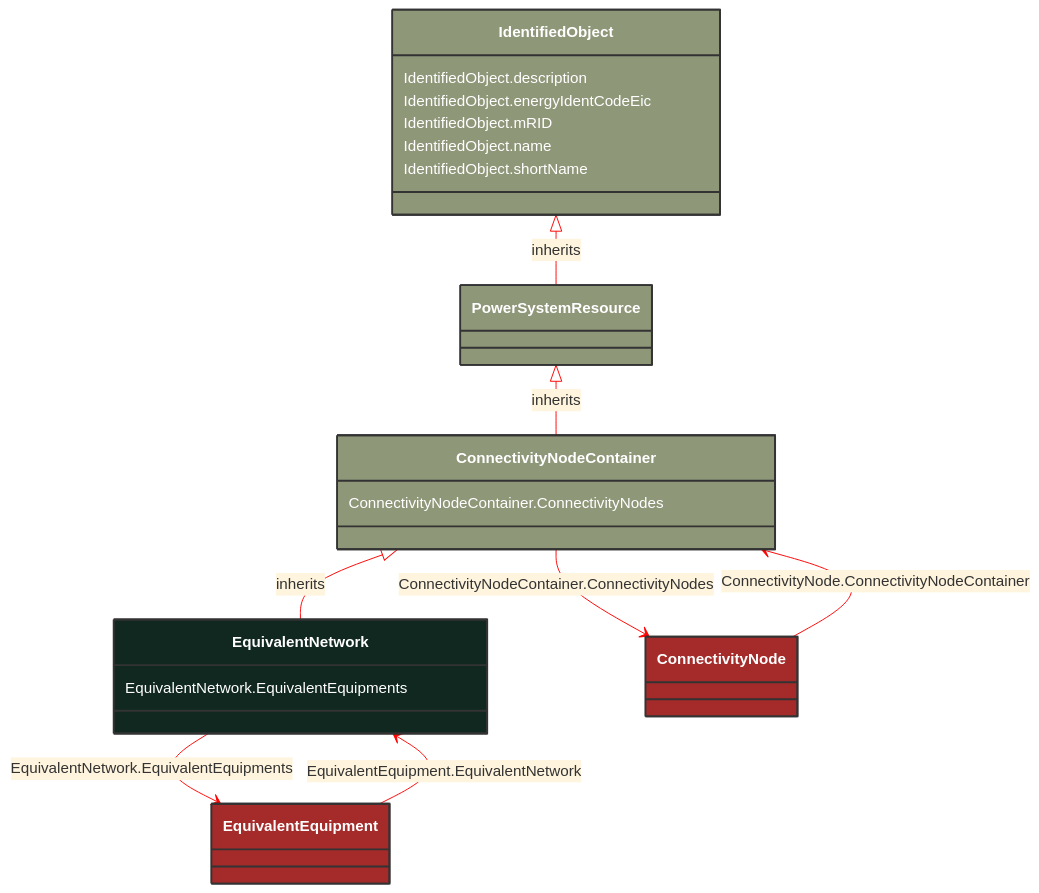
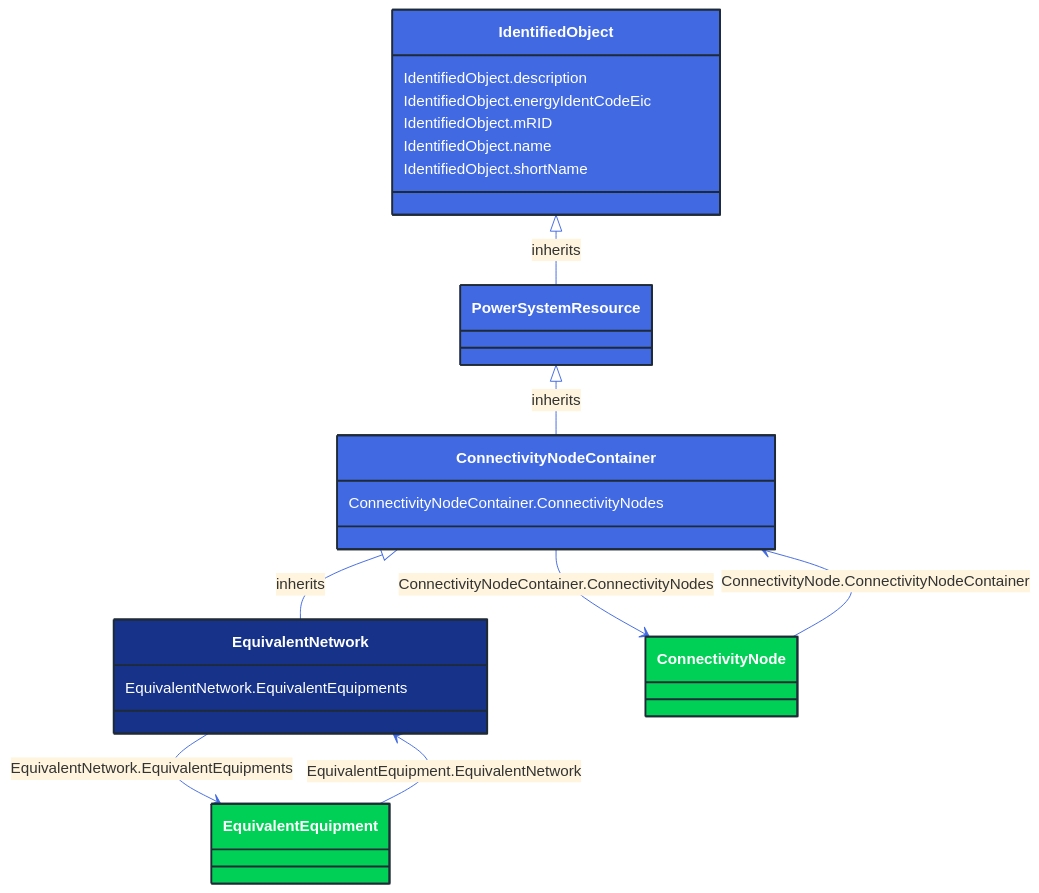
The diagram in docs/Models/Profiles/CoreEquipment/ConcreteClasses/EquivalentNetwork.md (3lbits/NoCIMExtensions), drawn with Mermaid before and after one commit. The commit also changed 362 other files, not shown here.

First line of the commit message:
Update diagrams and styles for improved visual consistency

````diff
--- a/docs/Models/Profiles/CoreEquipment/ConcreteClasses/EquivalentNetwork.md
+++ b/docs/Models/Profiles/CoreEquipment/ConcreteClasses/EquivalentNetwork.md
@@ -8,51 +8,51 @@
 ```mermaid
-%%{init: {'theme':'base','themeVariables': {'lineColor': '#FF0000'}}}%%
+%%{init: {'theme':'base','themeVariables': {'lineColor': '#4169E1'}}}%%
 classDiagram
     class EquivalentNetwork
     click EquivalentNetwork href "/Models/Profiles/CoreEquipment/ConcreteClasses/EquivalentNetwork/"
-    style EquivalentNetwork fill:#102820,stroke:#333,stroke-width:2px,rx:10,ry:10,color:white
+    style EquivalentNetwork fill:#163289,stroke:#1F2A37,stroke-width:2px,rx:10,ry:10,color:white
      
         ConnectivityNodeContainer <|-- EquivalentNetwork : inherits
             click ConnectivityNodeContainer href "/Models/Profiles/CoreEquipment/AbstractClasses/ConnectivityNodeContainer/"
-            style ConnectivityNodeContainer fill:#8F9779,stroke:#333,stroke-width:2px,rx:10,ry:10,color:white
+            style ConnectivityNodeContainer fill:#4169E1,stroke:#1F2A37,stroke-width:2px,rx:10,ry:10,color:white
      
         PowerSystemResource <|-- ConnectivityNodeContainer : inherits
             click PowerSystemResource href "/Models/Profiles/CoreEquipment/AbstractClasses/PowerSystemResource/"
-            style PowerSystemResource fill:#8F9779,stroke:#333,stroke-width:2px,rx:10,ry:10,color:white
+            style PowerSystemResource fill:#4169E1,stroke:#1F2A37,stroke-width:2px,rx:10,ry:10,color:white
      
         IdentifiedObject <|-- PowerSystemResource : inherits
             click IdentifiedObject href "/Models/Profiles/CoreEquipment/AbstractClasses/IdentifiedObject/"
-            style IdentifiedObject fill:#8F9779,stroke:#333,stroke-width:2px,rx:10,ry:10,color:white
+            style IdentifiedObject fill:#4169E1,stroke:#1F2A37,stroke-width:2px,rx:10,ry:10,color:white
 
         EquivalentNetwork --> EquivalentEquipment : EquivalentNetwork.EquivalentEquipments
 
         EquivalentEquipment
             click EquivalentEquipment href "/Models/Profiles/CoreEquipment/AbstractClasses/EquivalentEquipment/"
-            style EquivalentEquipment fill:#A52A2A,stroke:#333,stroke-width:2px,rx:10,ry:10,color:white
+            style EquivalentEquipment fill:#00D156,stroke:#1F2A37,stroke-width:2px,rx:10,ry:10,color:white
         ConnectivityNodeContainer --> ConnectivityNode : ConnectivityNodeContainer.ConnectivityNodes
 
         ConnectivityNode
             click ConnectivityNode href "/Models/Profiles/CoreEquipment/AbstractClasses/ConnectivityNode/"
-            style ConnectivityNode fill:#A52A2A,stroke:#333,stroke-width:2px,rx:10,ry:10,color:white
+            style ConnectivityNode fill:#00D156,stroke:#1F2A37,stroke-width:2px,rx:10,ry:10,color:white
 
         ConnectivityNode --> ConnectivityNodeContainer : ConnectivityNode.ConnectivityNodeContainer
 
         ConnectivityNode
             click ConnectivityNode href "/Models/Profiles/CoreEquipment/AbstractClasses/ConnectivityNode/"
-            style ConnectivityNode fill:#A52A2A,stroke:#333,stroke-width:2px,rx:10,ry:10,color:white
+            style ConnectivityNode fill:#00D156,stroke:#1F2A37,stroke-width:2px,rx:10,ry:10,color:white
 
         EquivalentEquipment --> EquivalentNetwork : EquivalentEquipment.EquivalentNetwork
 
         EquivalentEquipment
             click EquivalentEquipment href "/Models/Profiles/CoreEquipment/AbstractClasses/EquivalentEquipment/"
-            style EquivalentEquipment fill:#A52A2A,stroke:#333,stroke-width:2px,rx:10,ry:10,color:white
+            style EquivalentEquipment fill:#00D156,stroke:#1F2A37,stroke-width:2px,rx:10,ry:10,color:white
 
 
         EquivalentNetwork : EquivalentNetwork.EquivalentEquipments
         ConnectivityNodeContainer : ConnectivityNodeContainer.ConnectivityNodes
         IdentifiedObject : IdentifiedObject.description
         IdentifiedObject : IdentifiedObject.energyIdentCodeEic
         IdentifiedObject : IdentifiedObject.mRID
         IdentifiedObject : IdentifiedObject.name
         IdentifiedObject : IdentifiedObject.shortName
 ```
````
